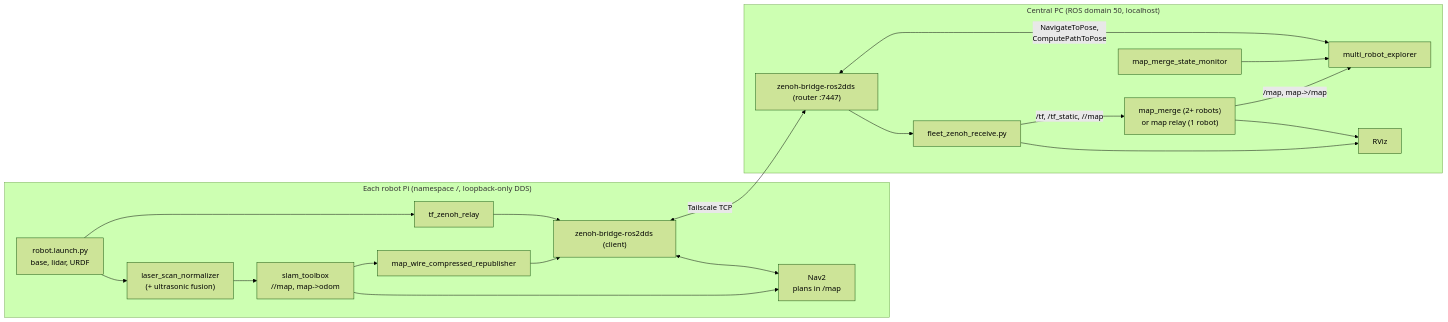
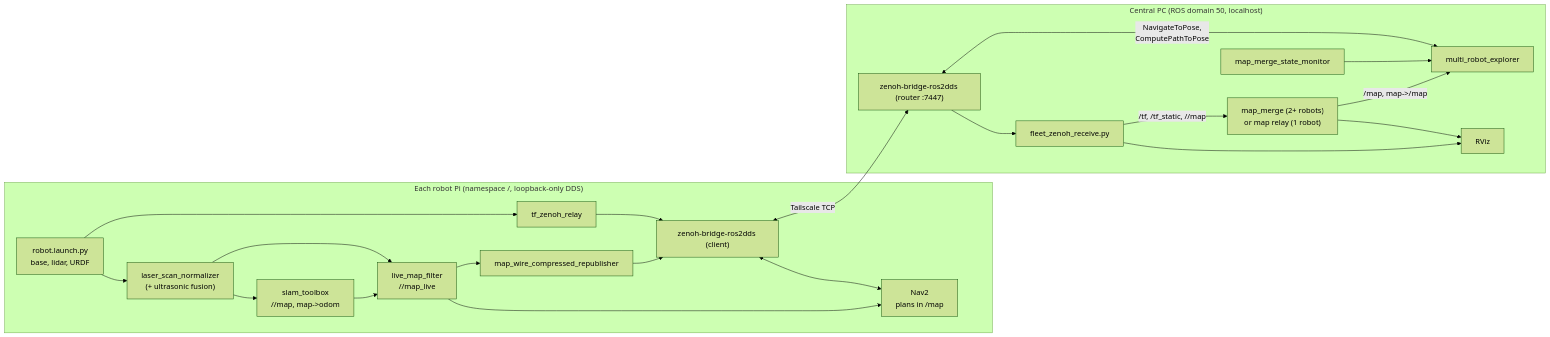
The diagram in docs/architecture.md (SleepyFinale/ans-central-computer), drawn with Mermaid (forest theme) before and after one commit. The commit also changed other lines of this file and 3 other files, not shown here.

````diff
--- a/docs/architecture.md
+++ b/docs/architecture.md
@@ -7,32 +7,34 @@
 ```mermaid
 flowchart LR
   subgraph robot ["Each robot Pi (namespace /<robot>, loopback-only DDS)"]
     bring["robot.launch.py<br/>base, lidar, URDF"]
     norm["laser_scan_normalizer<br/>(+ ultrasonic fusion)"]
     slam["slam_toolbox<br/>/<robot>/map, map->odom"]
+    live["live_map_filter<br/>/<robot>/map_live"]
     nav2["Nav2<br/>plans in <robot>/map"]
     wire["map_wire_compressed_republisher"]
     tfz["tf_zenoh_relay"]
     zr["zenoh-bridge-ros2dds (client)"]
-    bring --> norm --> slam --> nav2
-    slam --> wire --> zr
+    bring --> norm --> slam --> live --> nav2
+    norm --> live
+    live --> wire --> zr
     bring --> tfz --> zr
     zr <--> nav2
   end
   subgraph central ["Central PC (ROS domain 50, localhost)"]
     zc["zenoh-bridge-ros2dds (router :7447)"]
     rx["fleet_zenoh_receive.py"]
     mm["map_merge (2+ robots)<br/>or map relay (1 robot)"]
     mon["map_merge_state_monitor"]
     ex["multi_robot_explorer"]
     rv["RViz"]
     zc --> rx
     rx -->|"/tf, /tf_static, /<robot>/map"| mm
     mm -->|"/map, map-><robot>/map"| ex
     mon --> ex
     ex <-->|"NavigateToPose,<br/>ComputePathToPose"| zc
     rx --> rv
     mm --> rv
   end
   zr <-->|"Tailscale TCP"| zc
 ```
````
